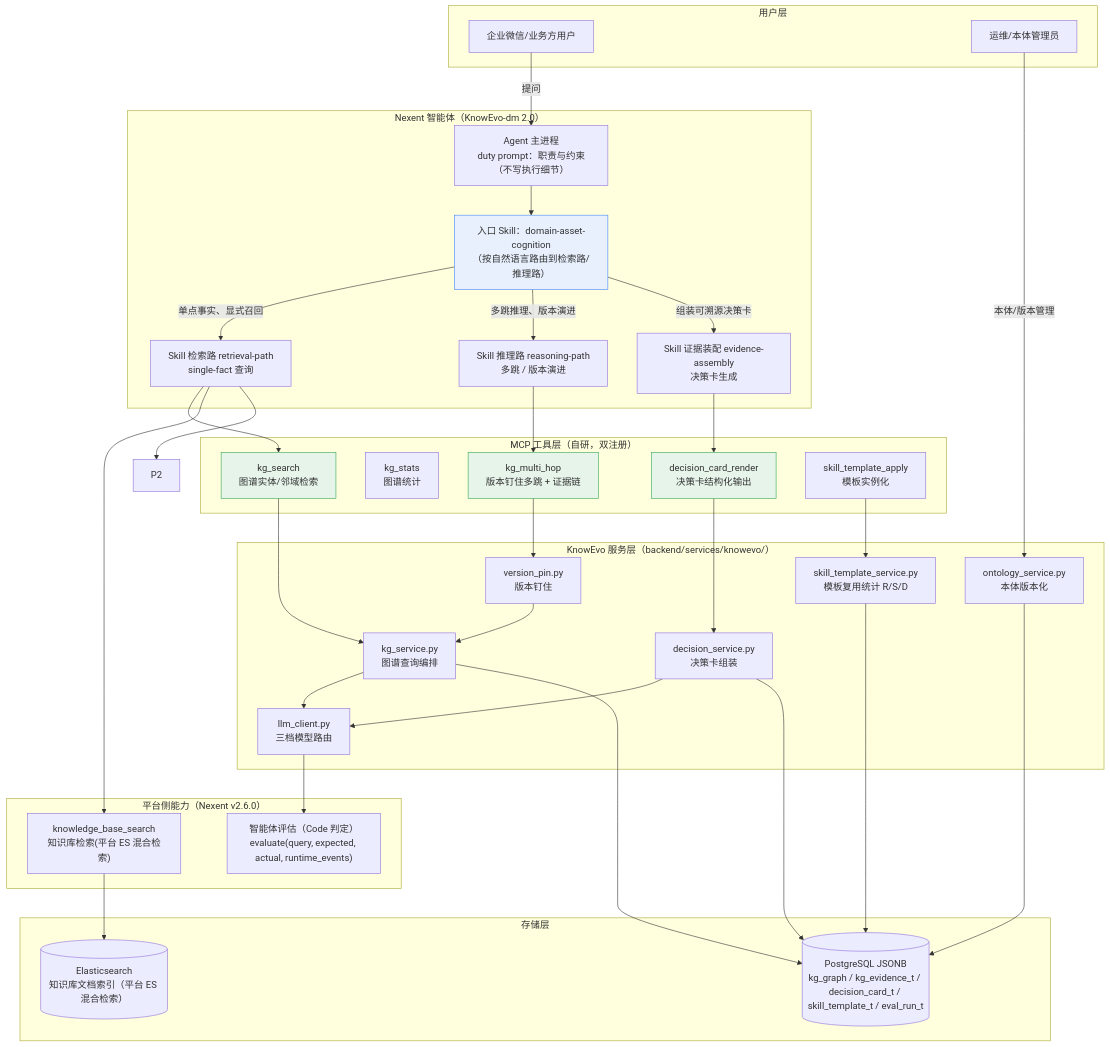
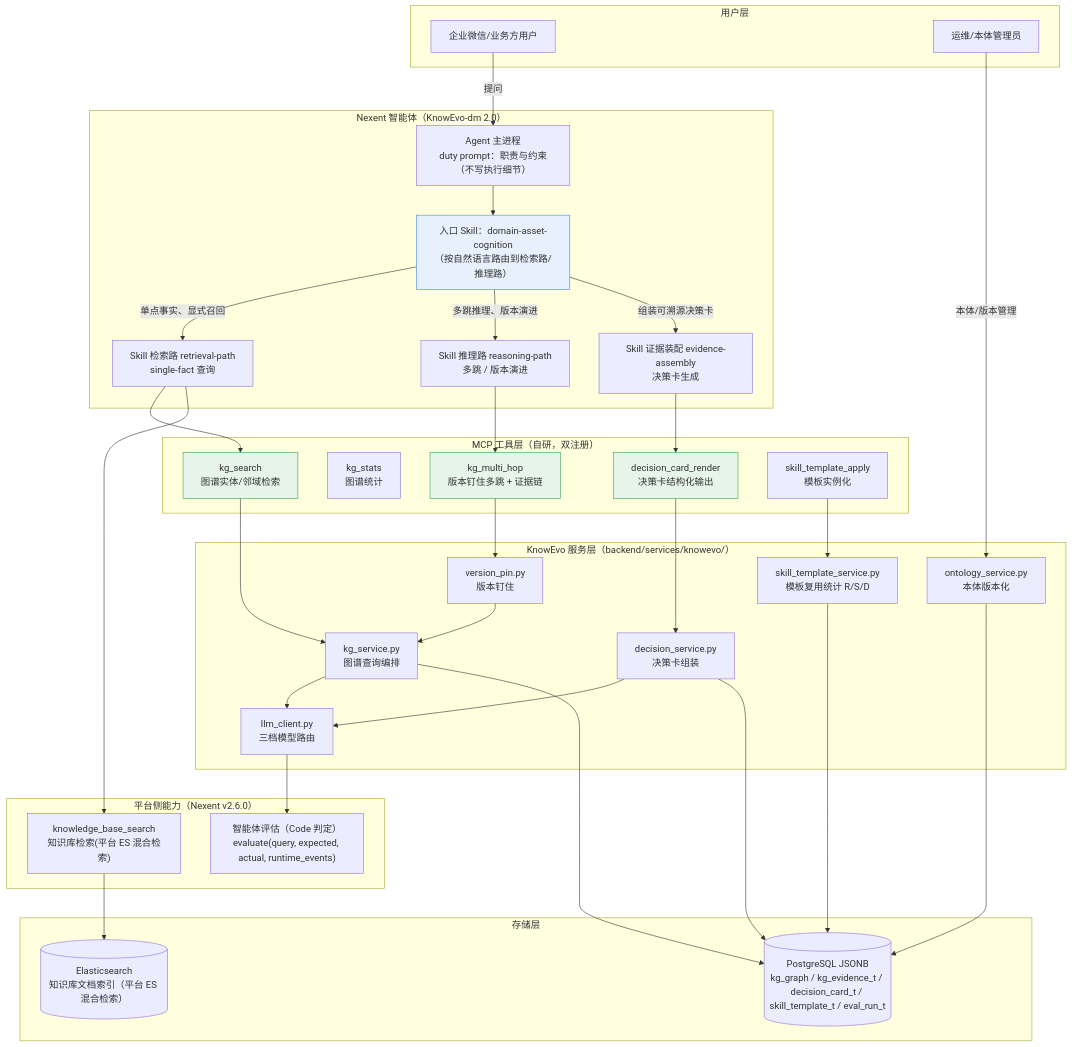
The diagram in competition/docs/call-graph.md (qianfenaichou/nexent), drawn with Mermaid before and after one commit. The commit also changed other lines of this file and 22 other files, not shown here.

````diff
--- a/competition/docs/call-graph.md
+++ b/competition/docs/call-graph.md
@@ -11,77 +11,76 @@
 ```mermaid
 flowchart TB
     subgraph USER["用户层"]
         U1["企业微信/业务方用户"]
         U2["运维/本体管理员"]
     end
 
     subgraph AGENT["Nexent 智能体（KnowEvo-dm 2.0）"]
         A0["Agent 主进程<br/>duty prompt：职责与约束（不写执行细节）"]
         A1["入口 Skill：domain-asset-cognition<br/>（按自然语言路由到检索路/推理路）"]
         A2["Skill 检索路 retrieval-path<br/>single-fact 查询"]
         A3["Skill 推理路 reasoning-path<br/>多跳 / 版本演进"]
         A4["Skill 证据装配 evidence-assembly<br/>决策卡生成"]
     end
 
     subgraph MCP["MCP 工具层（自研，双注册）"]
         M1["kg_search<br/>图谱实体/邻域检索"]
         M2["kg_stats<br/>图谱统计"]
         M3["kg_multi_hop<br/>版本钉住多跳 + 证据链"]
         M4["decision_card_render<br/>决策卡结构化输出"]
         M5["skill_template_apply<br/>模板实例化"]
     end
 
     subgraph PLAT["平台侧能力（Nexent v2.6.0）"]
         P1["knowledge_base_search<br/>知识库检索(平台 ES 混合检索)"]
         P3["智能体评估（Code 判定）<br/>evaluate(query, expected, actual, runtime_events)"]
     end
 
     subgraph SVC["KnowEvo 服务层（backend/services/knowevo/）"]
         S1["kg_service.py<br/>图谱查询编排"]
         S2["decision_service.py<br/>决策卡组装"]
         S3["ontology_service.py<br/>本体版本化"]
         S4["version_pin.py<br/>版本钉住"]
         S5["skill_template_service.py<br/>模板复用统计 R/S/D"]
         S6["llm_client.py<br/>三档模型路由"]
     end
 
     subgraph STORE["存储层"]
         D1[("PostgreSQL JSONB<br/>kg_graph / kg_evidence_t / decision_card_t / skill_template_t / eval_run_t")]
         D2[("Elasticsearch<br/>知识库文档索引（平台 ES 混合检索）")]
     end
 
     U1 -->|提问| A0
     U2 -->|本体/版本管理| S3
 
     A0 --> A1
     A1 -->|单点事实、显式召回| A2
     A1 -->|多跳推理、版本演进| A3
     A1 -->|组装可溯源决策卡| A4
 
     A2 --> M1
     A2 --> P1
-    A2 --> P2
     A3 --> M3
     A4 --> M4
 
     M1 --> S1
     M3 --> S4
     M4 --> S2
     M5 --> S5
 
     S1 --> S6
     S2 --> S6
     S4 --> S1
 
     S1 --> D1
     S2 --> D1
     S3 --> D1
     S5 --> D1
     P1 --> D2
     S6 --> P3
 
     style A1 fill:#e8f0fe,stroke:#4285f4
     style M1 fill:#e6f4ea,stroke:#34a853
     style M3 fill:#e6f4ea,stroke:#34a853
     style M4 fill:#e6f4ea,stroke:#34a853
 ```
````
